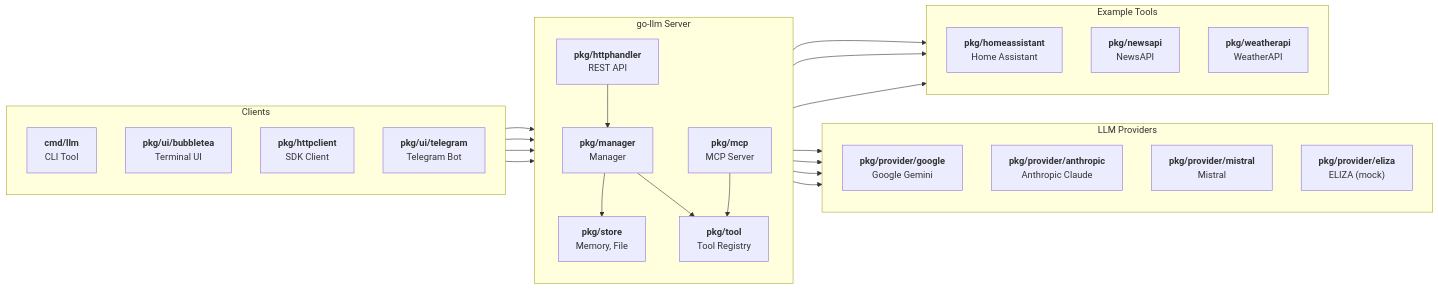
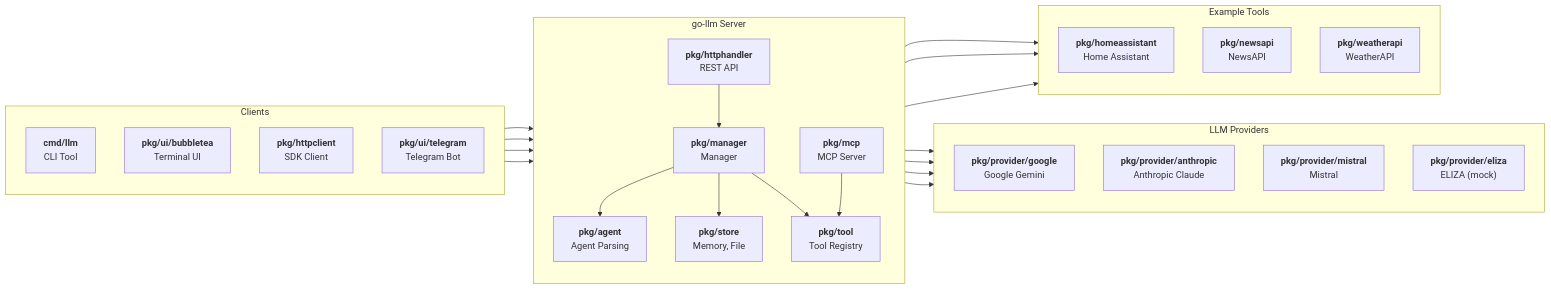
The diagram in README.md (mutablelogic/go-llm), drawn with Mermaid before and after one commit. The commit also changed other lines of this file and 32 other files, not shown here.

````diff
--- a/README.md
+++ b/README.md
@@ -198,67 +198,70 @@
 ```mermaid
 %%{init: {"flowchart": {"htmlLabels": false}} }%%
 flowchart LR
     subgraph Clients["Clients"]
         direction TB
         CLI["`**cmd/llm**
         CLI Tool`"]
         TUI["`**pkg/ui/bubbletea**
         Terminal UI`"]
         SDK["`**pkg/httpclient**
         SDK Client`"]
         Telegram["`**pkg/ui/telegram**
         Telegram Bot`"]
     end
 
     subgraph Server["go-llm Server"]
         direction TB
         API["`**pkg/httphandler**
         REST API`"]
         Agent["`**pkg/manager**
         Manager`"]
+        AgentDef["`**pkg/agent**
+        Agent Parsing`"]
         Sessions["`**pkg/store**
         Memory, File`"]
         Tools["`**pkg/tool**
         Tool Registry`"]
         MCP["`**pkg/mcp**
         MCP Server`"]
     end
 
     subgraph Providers["LLM Providers"]
         direction TB
         Gemini["`**pkg/provider/google**
         Google Gemini`"]
         Claude["`**pkg/provider/anthropic**
         Anthropic Claude`"]
         Mistral["`**pkg/provider/mistral**
         Mistral`"]
         Eliza["`**pkg/provider/eliza**
         ELIZA (mock)`"]
     end
 
     subgraph ToolImpls["Example Tools"]
         direction TB
         HA["`**pkg/homeassistant**
         Home Assistant`"]
         News["`**pkg/newsapi**
         NewsAPI`"]
         Weather["`**pkg/weatherapi**
         WeatherAPI`"]
     end
 
     CLI --> API
     TUI --> API
     SDK --> API
     Telegram --> API
     API --> Agent
+    Agent --> AgentDef
     Agent --> Sessions
     Agent --> Tools
     Agent --> Gemini
     Agent --> Claude
     Agent --> Mistral
     Agent --> Eliza
     Tools --> HA
     Tools --> News
     Tools --> Weather
     MCP --> Tools
 ```
````
